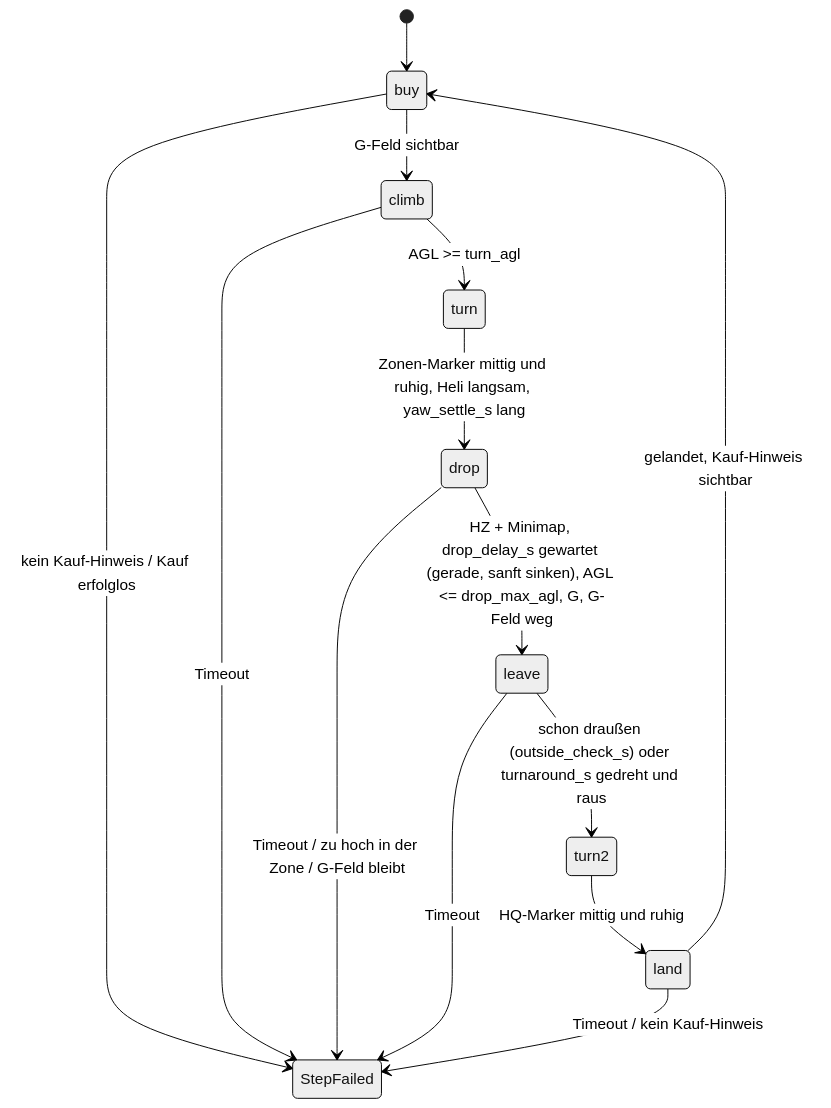
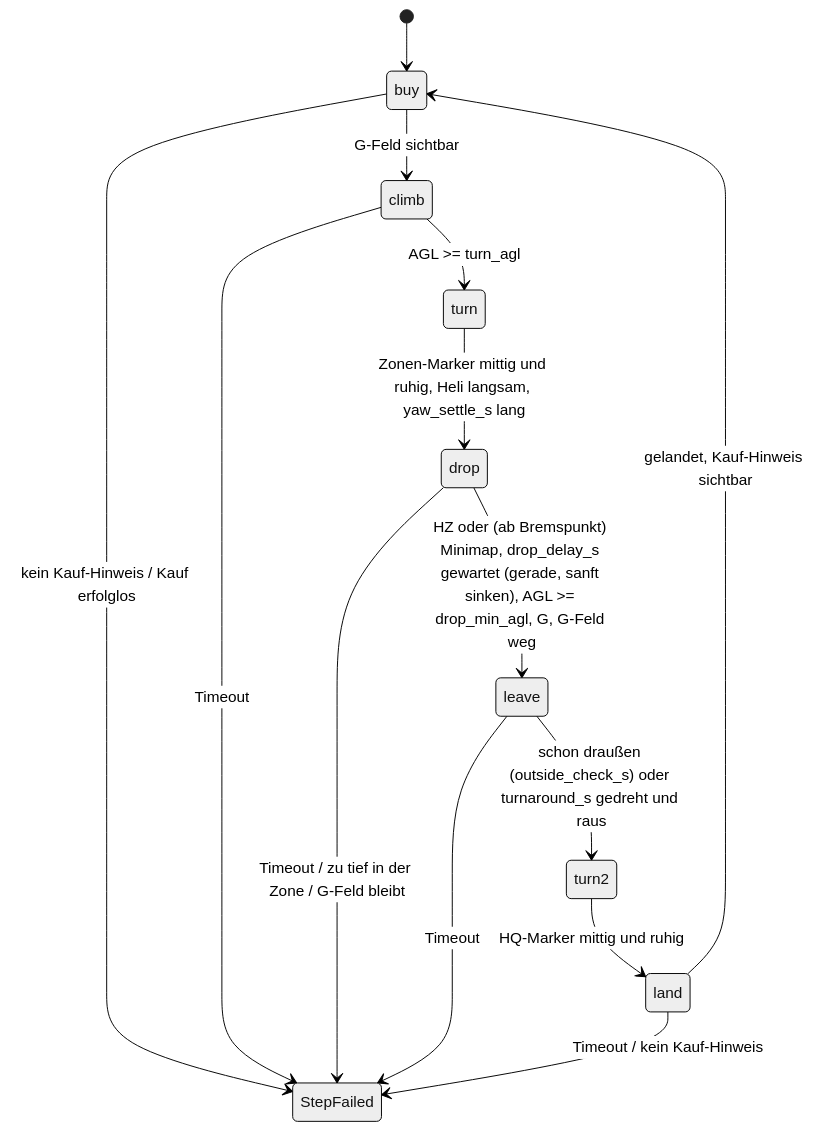
One commit to geilevideossos-gamedev/wardogs-xp-farmer changed the second of 3 diagrams in docs/ARCHITECTURE.md. Above: the diagram before and after it, drawn with Mermaid (neutral theme). The commit also changed other lines of this file and 10 other files, not shown here.

First line of the commit message:
fix(drop): Zone über HZ oder Minimap, keine Höchsthöhe

````diff
--- a/docs/ARCHITECTURE.md
+++ b/docs/ARCHITECTURE.md
@@ -82,16 +82,16 @@
 ```mermaid
 stateDiagram-v2
     [*] --> buy
     buy --> climb: G-Feld sichtbar
     climb --> turn: AGL >= turn_agl
     turn --> drop: Zonen-Marker mittig und ruhig, Heli langsam, yaw_settle_s lang
-    drop --> leave: HZ + Minimap, drop_delay_s gewartet (gerade, sanft sinken), AGL <= drop_max_agl, G, G-Feld weg
+    drop --> leave: HZ oder (ab Bremspunkt) Minimap, drop_delay_s gewartet (gerade, sanft sinken), AGL >= drop_min_agl, G, G-Feld weg
     leave --> turn2: schon draußen (outside_check_s) oder turnaround_s gedreht und raus
     turn2 --> land: HQ-Marker mittig und ruhig
     land --> buy: gelandet, Kauf-Hinweis sichtbar
     buy --> StepFailed: kein Kauf-Hinweis / Kauf erfolglos
     climb --> StepFailed: Timeout
-    drop --> StepFailed: Timeout / zu hoch in der Zone / G-Feld bleibt
+    drop --> StepFailed: Timeout / zu tief in der Zone / G-Feld bleibt
     leave --> StepFailed: Timeout
     land --> StepFailed: Timeout / kein Kauf-Hinweis
 ```
````
